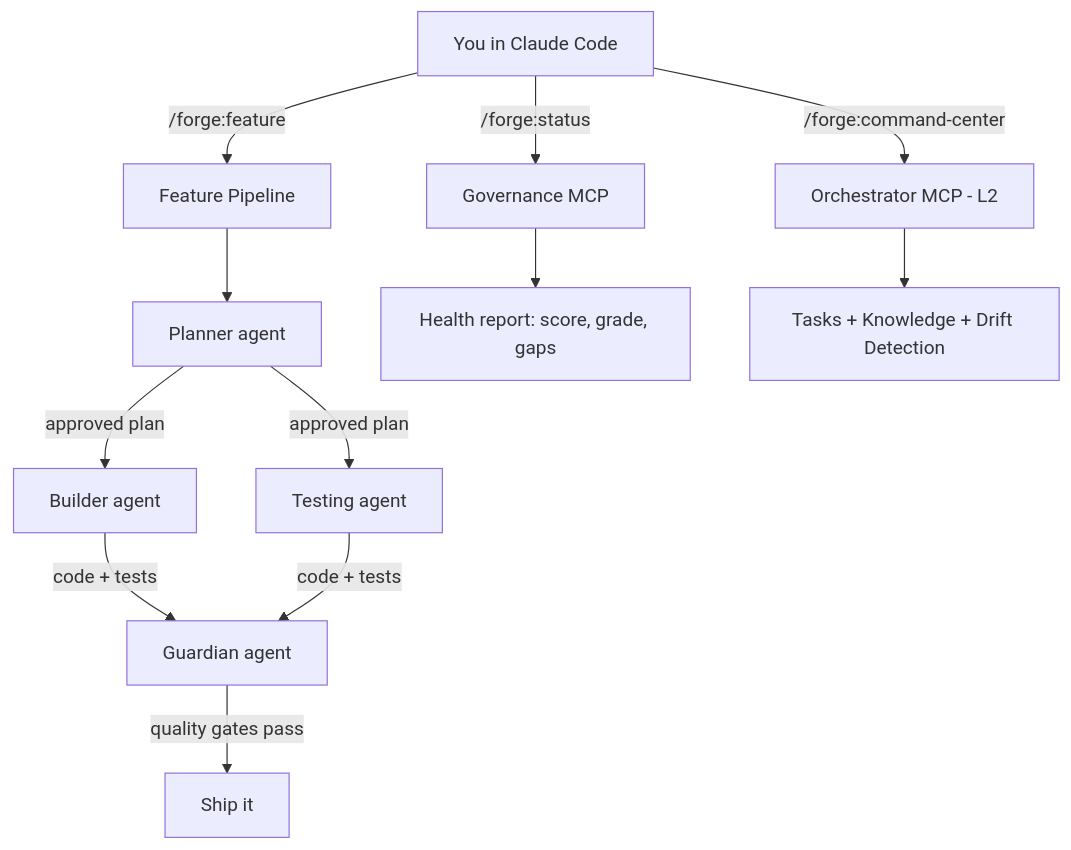
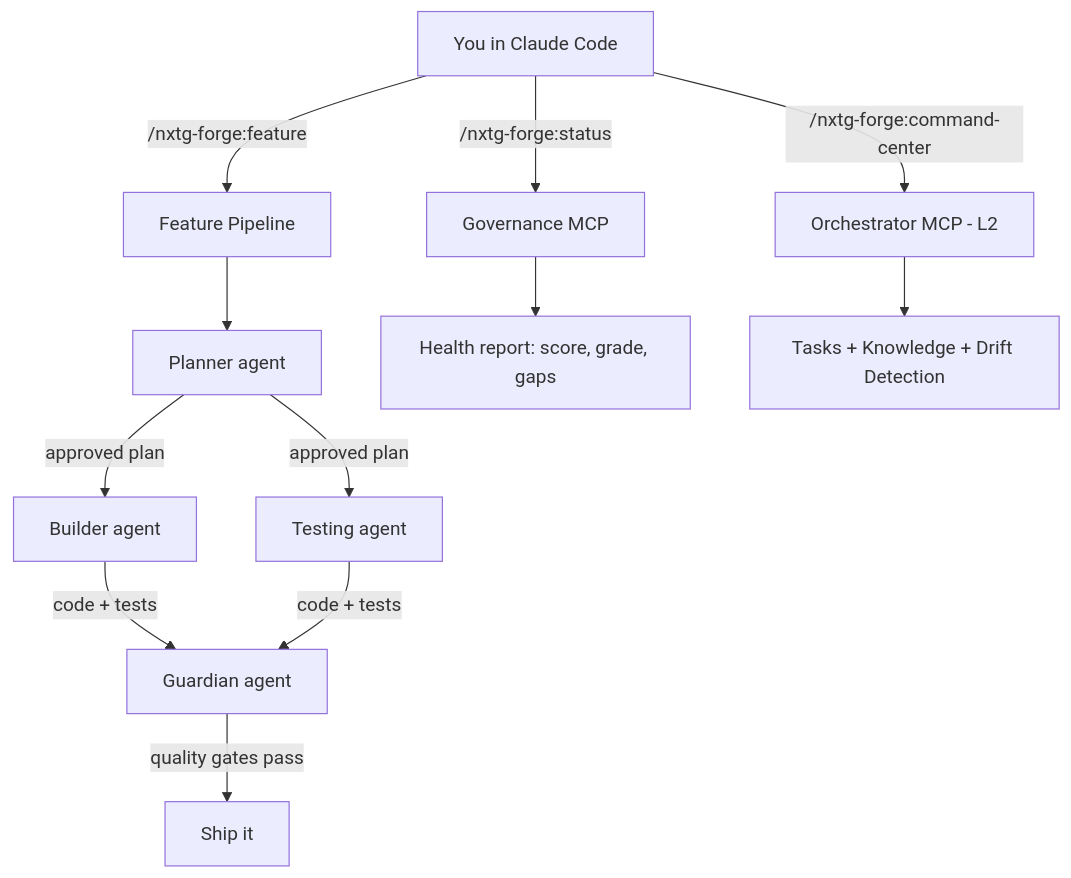
One commit to nxtg-ai/forge-plugin changed the diagram in docs/README.md. Above: the diagram before and after it, drawn with Mermaid. The commit also changed other lines of this file and 93 other files, not shown here.

````diff
--- a/docs/README.md
+++ b/docs/README.md
@@ -65,15 +65,15 @@
 ```mermaid
 graph TD
-    U[You in Claude Code] -->|/forge:feature| F[Feature Pipeline]
+    U[You in Claude Code] -->|/nxtg-forge:feature| F[Feature Pipeline]
     F --> P[Planner agent]
     P -->|approved plan| B[Builder agent]
     P -->|approved plan| T[Testing agent]
     B & T -->|code + tests| G[Guardian agent]
     G -->|quality gates pass| S[Ship it]
 
-    U -->|/forge:status| H[Governance MCP]
+    U -->|/nxtg-forge:status| H[Governance MCP]
     H --> HR[Health report: score, grade, gaps]
 
-    U -->|/forge:command-center| O[Orchestrator MCP - L2]
+    U -->|/nxtg-forge:command-center| O[Orchestrator MCP - L2]
     O --> TM[Tasks + Knowledge + Drift Detection]
 ```
````
